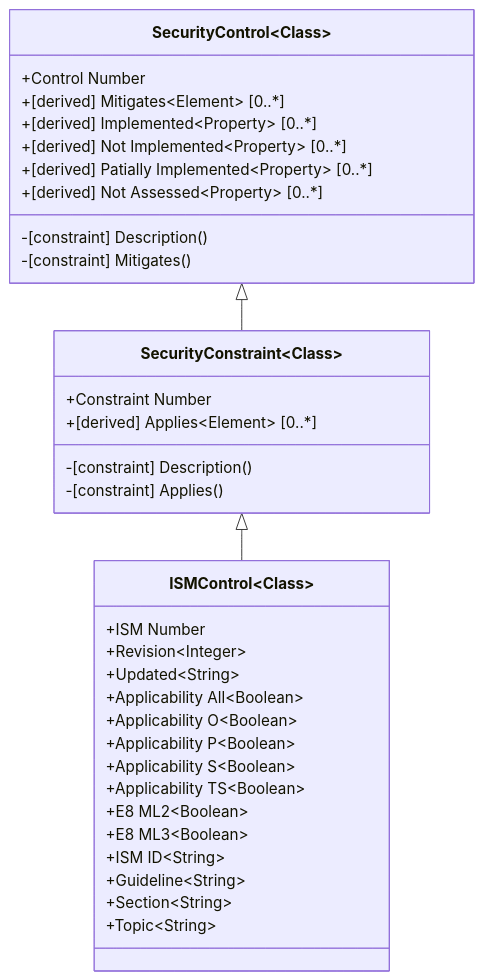
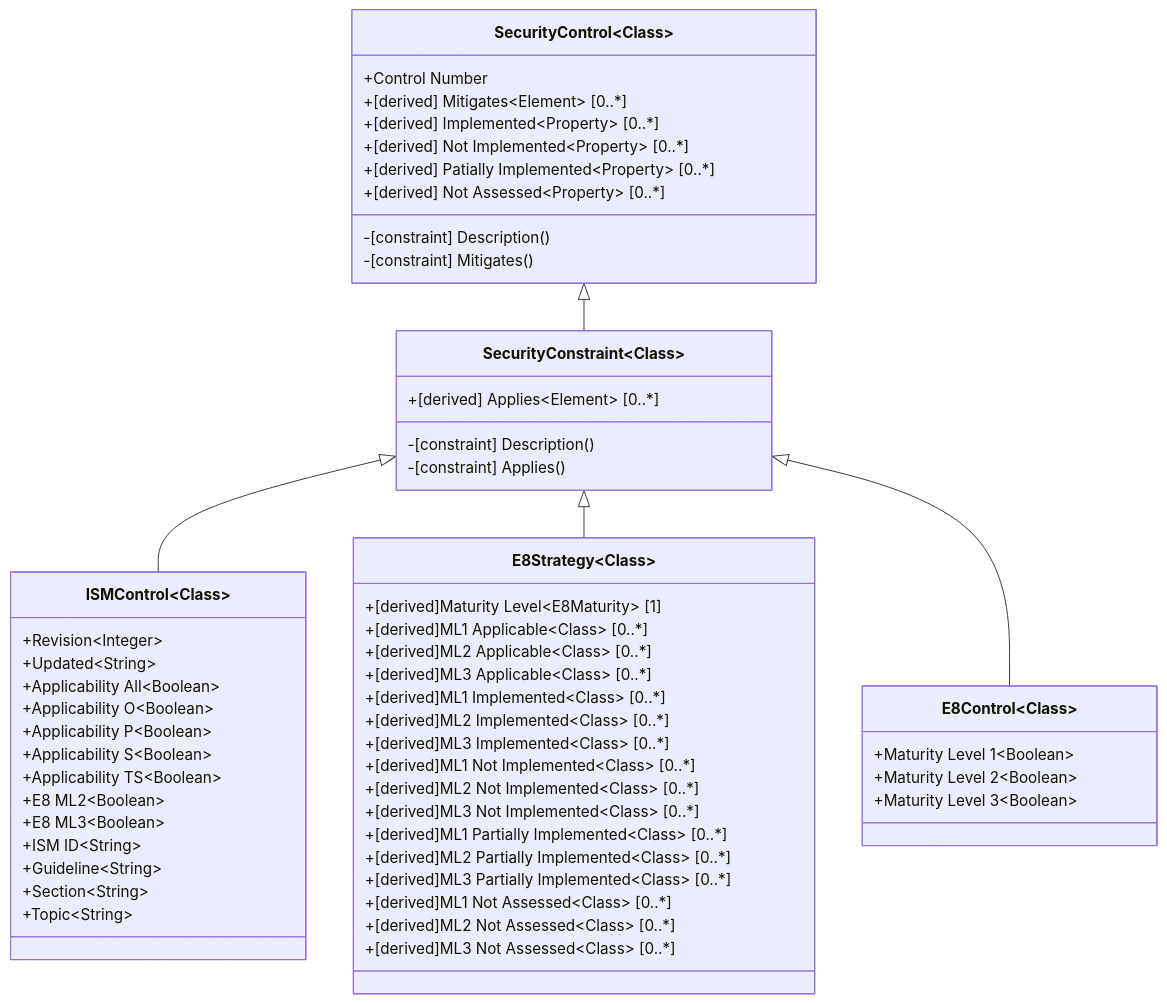
Diagram 31 of 49 in Documentation/stereotypes.md (stuartfowler/CEMT), drawn with Mermaid before and after one commit. The commit also changed other lines of this file and 11 other files, not shown here.

````diff
--- a/Documentation/stereotypes.md
+++ b/Documentation/stereotypes.md
@@ -659,37 +658,60 @@
 ```mermaid
     classDiagram
         class SecurityControl~Class~ {
             +Control Number
             +[derived] Mitigates~Element~ [0..*]
             +[derived] Implemented~Property~ [0..*]
             +[derived] Not Implemented~Property~ [0..*]
             +[derived] Patially Implemented~Property~ [0..*]
             +[derived] Not Assessed~Property~ [0..*]
             -[constraint] Description()
             -[constraint] Mitigates()
         }
         class SecurityConstraint~Class~ {
-            +Constraint Number
             +[derived] Applies~Element~ [0..*]
             -[constraint] Description()
             -[constraint] Applies()
         }
         class ISMControl~Class~ {
-            +ISM Number
             +Revision~Integer~
             +Updated~String~
             +Applicability All~Boolean~
             +Applicability O~Boolean~
             +Applicability P~Boolean~
             +Applicability S~Boolean~
             +Applicability TS~Boolean~
             +E8 ML2~Boolean~
             +E8 ML3~Boolean~
             +ISM ID~String~
             +Guideline~String~
             +Section~String~
             +Topic~String~
         }
+        class E8Strategy~Class~ {
+            +[derived]Maturity Level~E8Maturity~ [1]
+            +[derived]ML1 Applicable~Class~ [0..*]
+            +[derived]ML2 Applicable~Class~ [0..*]
+            +[derived]ML3 Applicable~Class~ [0..*]
+            +[derived]ML1 Implemented~Class~ [0..*]
+            +[derived]ML2 Implemented~Class~ [0..*]
+            +[derived]ML3 Implemented~Class~ [0..*]
+            +[derived]ML1 Not Implemented~Class~ [0..*]
+            +[derived]ML2 Not Implemented~Class~ [0..*]
+            +[derived]ML3 Not Implemented~Class~ [0..*]
+            +[derived]ML1 Partially Implemented~Class~ [0..*]
+            +[derived]ML2 Partially Implemented~Class~ [0..*]
+            +[derived]ML3 Partially Implemented~Class~ [0..*]
+            +[derived]ML1 Not Assessed~Class~ [0..*]
+            +[derived]ML2 Not Assessed~Class~ [0..*]
+            +[derived]ML3 Not Assessed~Class~ [0..*]
+        }
+        class E8Control~Class~ {
+            +Maturity Level 1~Boolean~
+            +Maturity Level 2~Boolean~
+            +Maturity Level 3~Boolean~
+        }
         SecurityControl~Class~ <|-- SecurityConstraint~Class~
         SecurityConstraint~Class~ <|-- ISMControl~Class~
+        SecurityConstraint~Class~ <|-- E8Strategy~Class~
+        SecurityConstraint~Class~ <|-- E8Control~Class~
 ```
````
